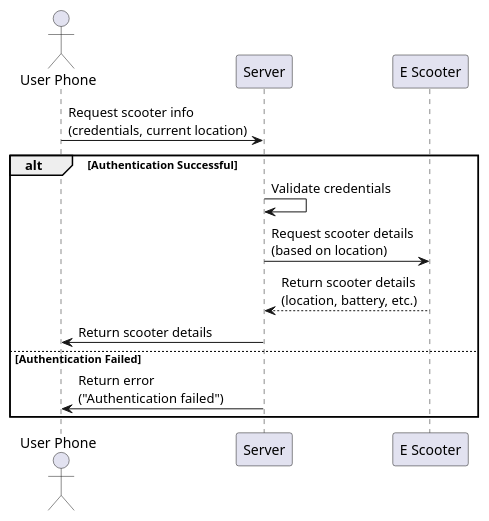
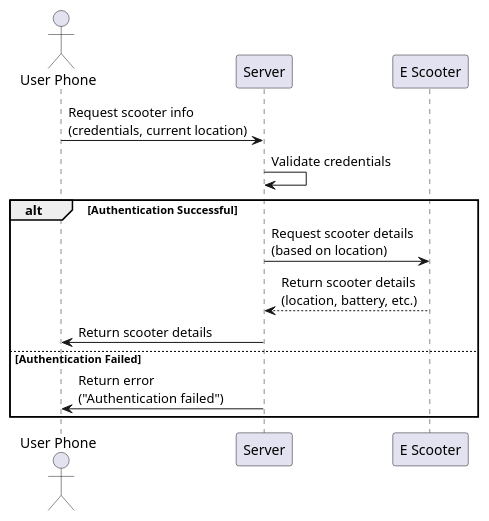
Before and after one commit to SverreNystad/communication-systems: the diagram in docs/diagrams/scooter-information.puml, drawn with PlantUML.

Commit message:
docs: Update scooter information diagram to include credential validation

```diff
--- a/docs/diagrams/scooter-information.puml
+++ b/docs/diagrams/scooter-information.puml
@@ -1,15 +1,15 @@
 @startuml
 actor "User Phone" as UserPhone
 participant "Server" as Server
 participant "E Scooter" as EScooter
 
 UserPhone -> Server: Request scooter info\n(credentials, current location)
+Server -> Server: Validate credentials
 alt Authentication Successful
-    Server -> Server: Validate credentials
     Server -> EScooter: Request scooter details\n(based on location)
     EScooter --> Server: Return scooter details\n(location, battery, etc.)
     Server -> UserPhone: Return scooter details
 else Authentication Failed
     Server -> UserPhone: Return error\n("Authentication failed")
 end alt
 @enduml
```
